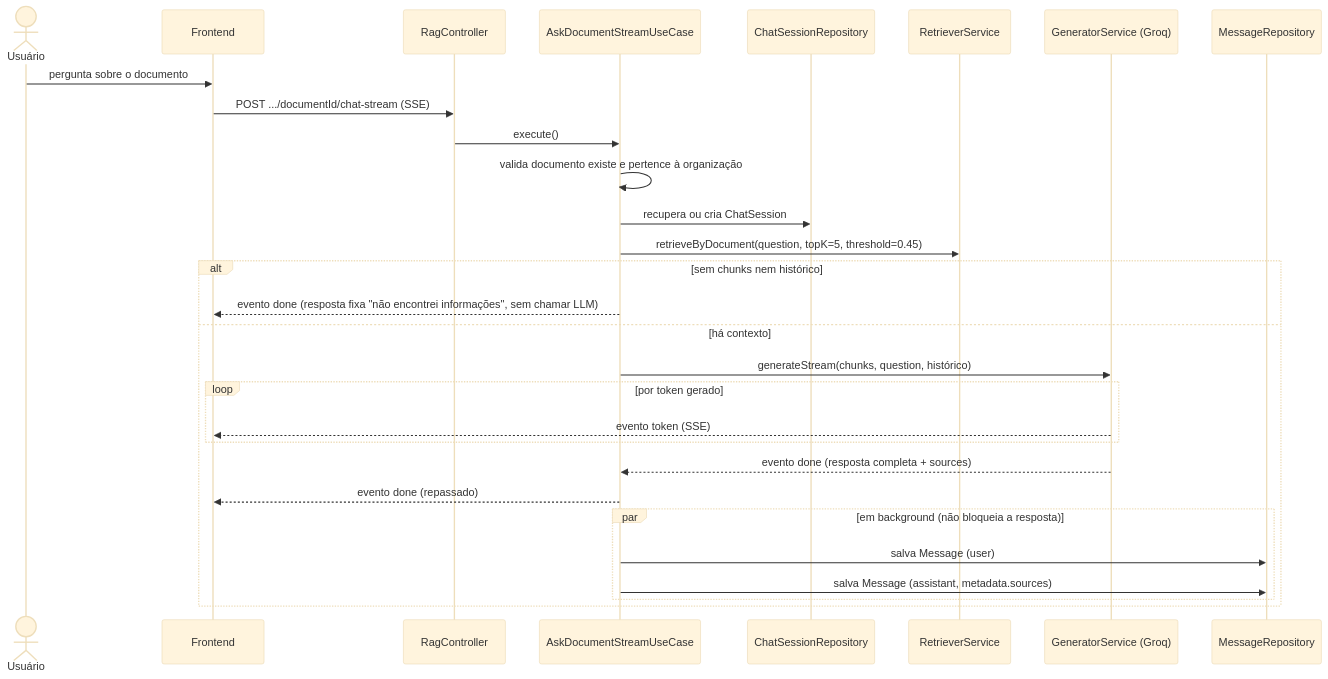
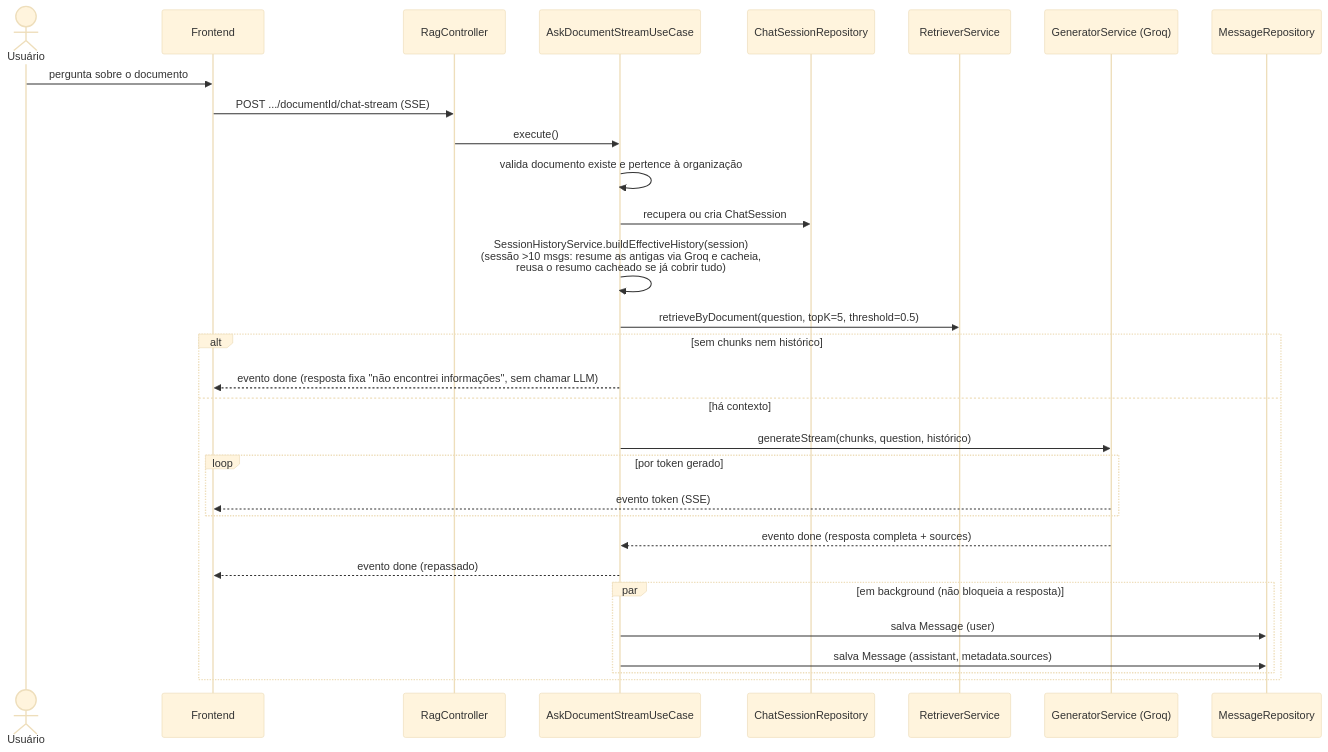
Before and after one commit to Elnata1nt/queno.docs: the fourth of 7 diagrams in docs/arquitetura/fluxos.md, drawn with Mermaid (base theme). The commit also changed other lines of this file and 1 other file, not shown here.

````diff
--- a/docs/arquitetura/fluxos.md
+++ b/docs/arquitetura/fluxos.md
@@ -156,32 +156,33 @@
 ```mermaid
 sequenceDiagram
     actor U as Usuário
     participant F as Frontend
     participant C as RagController
     participant UC as AskDocumentStreamUseCase
     participant Sess as ChatSessionRepository
     participant Ret as RetrieverService
     participant Gen as GeneratorService (Groq)
     participant Msg as MessageRepository
 
     U->>F: pergunta sobre o documento
     F->>C: POST .../documentId/chat-stream (SSE)
     C->>UC: execute()
     UC->>UC: valida documento existe e pertence à organização
     UC->>Sess: recupera ou cria ChatSession
-    UC->>Ret: retrieveByDocument(question, topK=5, threshold=0.45)
+    UC->>UC: SessionHistoryService.buildEffectiveHistory(session)<br/>(sessão >10 msgs: resume as antigas via Groq e cacheia,<br/>reusa o resumo cacheado se já cobrir tudo)
+    UC->>Ret: retrieveByDocument(question, topK=5, threshold=0.5)
     alt sem chunks nem histórico
         UC-->>F: evento done (resposta fixa "não encontrei informações", sem chamar LLM)
     else há contexto
         UC->>Gen: generateStream(chunks, question, histórico)
         loop por token gerado
             Gen-->>F: evento token (SSE)
         end
         Gen-->>UC: evento done (resposta completa + sources)
         UC-->>F: evento done (repassado)
         par em background (não bloqueia a resposta)
             UC->>Msg: salva Message (user)
             UC->>Msg: salva Message (assistant, metadata.sources)
         end
     end
 ```
````
